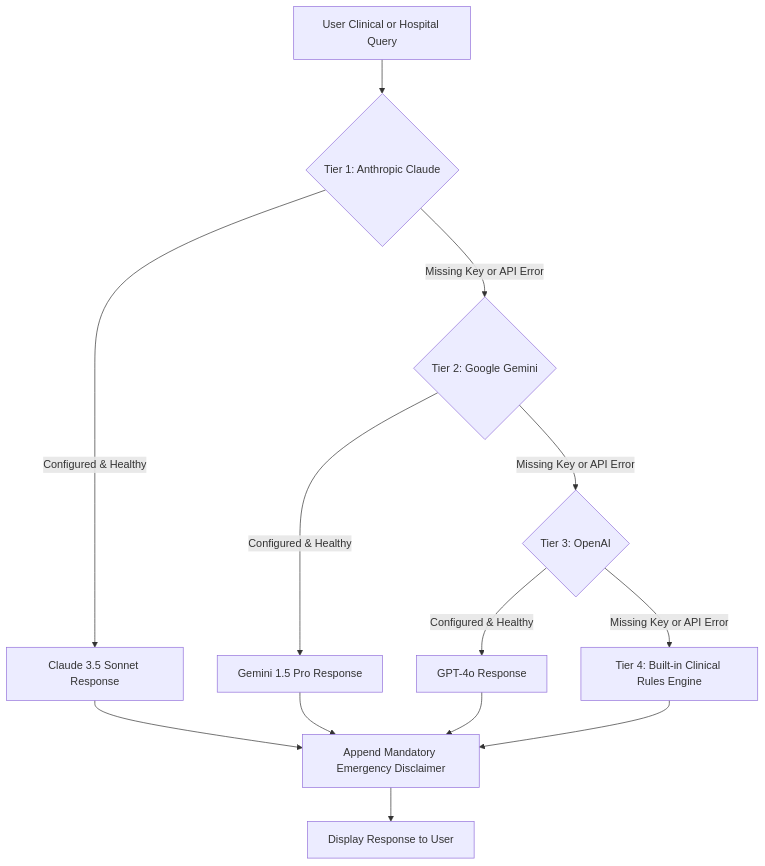
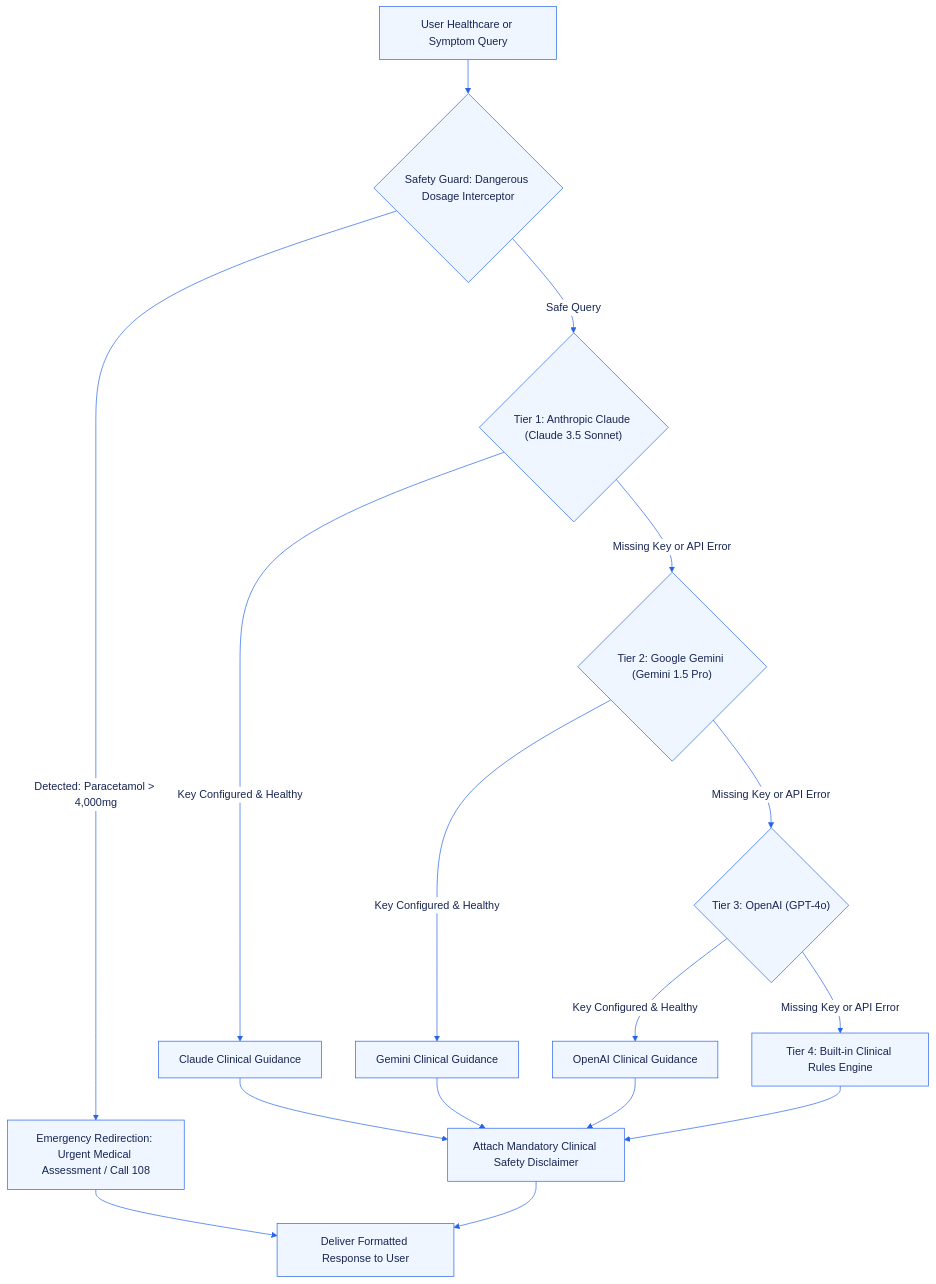
Before and after one commit to singhayush256/MediNexa: the seventh of 10 diagrams in README.md, drawn with Mermaid. The commit also changed other lines of this file, not shown here.

Commit message:
docs: redesign MediNexa README with light theme and verified architecture

````diff
--- a/README.md
+++ b/README.md
@@ -273,13 +578,19 @@
 ```mermaid
+%%{init: {'theme': 'base', 'themeVariables': { 'primaryColor': '#EFF6FF', 'primaryTextColor': '#172554', 'primaryBorderColor': '#2563EB', 'lineColor': '#2563EB', 'secondaryColor': '#F8FAFC', 'tertiaryColor': '#FFFFFF', 'edgeLabelBackground':'#FFFFFF', 'clusterBkg': '#F8FAFC', 'clusterBorder': '#CBD5E1'}}}%%
 flowchart TD
-    Q[User Clinical or Hospital Query] --> P1{Tier 1: Anthropic Claude}
-    P1 -->|Configured & Healthy| R1[Claude 3.5 Sonnet Response]
-    P1 -->|Missing Key or API Error| P2{Tier 2: Google Gemini}
-    P2 -->|Configured & Healthy| R2[Gemini 1.5 Pro Response]
-    P2 -->|Missing Key or API Error| P3{Tier 3: OpenAI}
-    P3 -->|Configured & Healthy| R3[GPT-4o Response]
-    P3 -->|Missing Key or API Error| P4[Tier 4: Built-in Clinical Rules Engine]
+    QUERY["User Healthcare or Symptom Query"] --> OVERDOSE{"Safety Guard: Dangerous Dosage Interceptor"}
+    OVERDOSE -->|Detected: Paracetamol > 4,000mg| RED_ALERT["Emergency Redirection: Urgent Medical Assessment / Call 108"]
+    OVERDOSE -->|Safe Query| TIER1{"Tier 1: Anthropic Claude (Claude 3.5 Sonnet)"}
 
-    R1 & R2 & R3 & P4 --> DISC[Append Mandatory Emergency Disclaimer]
-    DISC --> OUT[Display Response to User]
+    TIER1 -->|Key Configured & Healthy| RESP1["Claude Clinical Guidance"]
+    TIER1 -->|Missing Key or API Error| TIER2{"Tier 2: Google Gemini (Gemini 1.5 Pro)"}
+
+    TIER2 -->|Key Configured & Healthy| RESP2["Gemini Clinical Guidance"]
+    TIER2 -->|Missing Key or API Error| TIER3{"Tier 3: OpenAI (GPT-4o)"}
+
+    TIER3 -->|Key Configured & Healthy| RESP3["OpenAI Clinical Guidance"]
+    TIER3 -->|Missing Key or API Error| TIER4["Tier 4: Built-in Clinical Rules Engine"]
+
+    RESP1 & RESP2 & RESP3 & TIER4 --> DISCLAIMER["Attach Mandatory Clinical Safety Disclaimer"]
+    RED_ALERT & DISCLAIMER --> FINAL_OUT["Deliver Formatted Response to User"]
 ```
````
